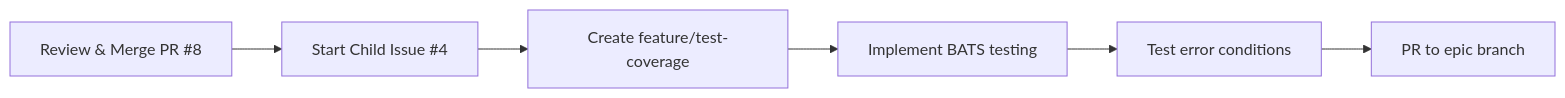
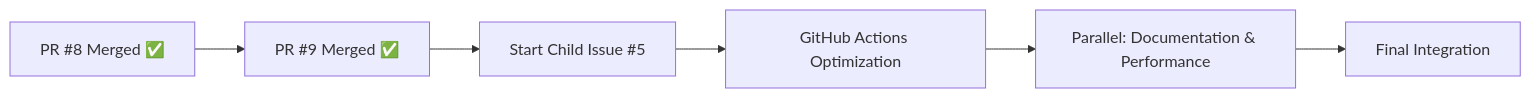
The fourth of 5 diagrams in docs/epic-progress-visual.md (info-tech-io/hugo-templates), drawn with Mermaid before and after one commit. The commit also changed other lines of this file and 4 other files, not shown here.

First line of the commit message:
Child Issue #5: GitHub Actions Optimization - Performance & Maintainability Boost (#10)

````diff
--- a/docs/epic-progress-visual.md
+++ b/docs/epic-progress-visual.md
@@ -151,8 +161,8 @@
 ```mermaid
 flowchart LR
-    A[Review & Merge PR #8] --> B[Start Child Issue #4]
-    B --> C[Create feature/test-coverage]
-    C --> D[Implement BATS testing]
-    D --> E[Test error conditions]
-    E --> F[PR to epic branch]
+    A[PR #8 Merged ✅] --> B[PR #9 Merged ✅]
+    B --> C[Start Child Issue #5]
+    C --> D[GitHub Actions Optimization]
+    D --> E[Parallel: Documentation & Performance]
+    E --> F[Final Integration]
 ```
````
